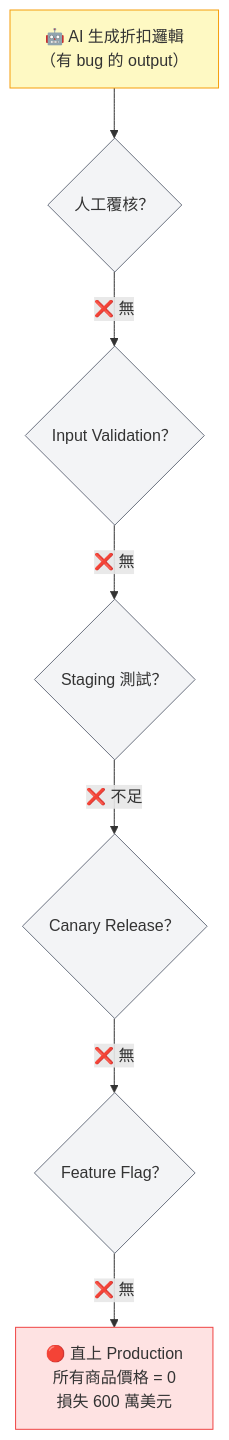
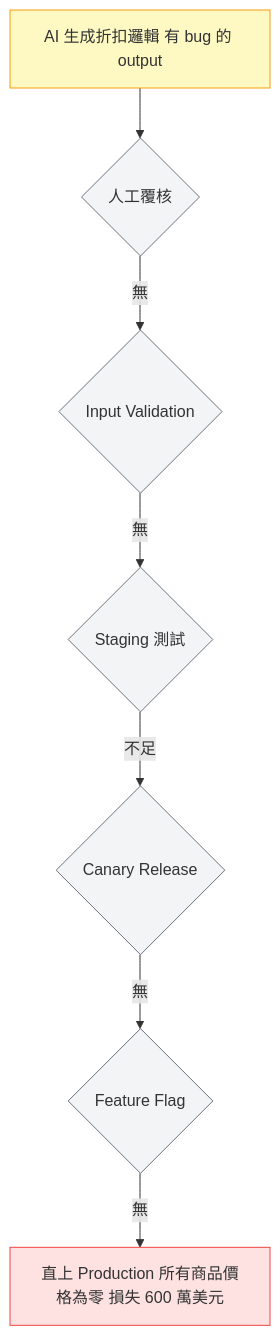
The diagram in docs/drafts/ai-replaced-qa-6m-loss.md (jimmyhong065/jimmy-hong-portfolio), drawn with Mermaid before and after one commit. The commit also changed 28 other files, not shown here.

````diff
--- a/docs/drafts/ai-replaced-qa-6m-loss.md
+++ b/docs/drafts/ai-replaced-qa-6m-loss.md
@@ -47,20 +47,17 @@
 ```mermaid
 flowchart TD
-    A["🤖 AI 生成折扣邏輯\n（有 bug 的 output）"] --> B
-
-    B{"人工覆核？"} -- "❌ 無" --> C
-    C{"Input Validation？"} -- "❌ 無" --> D
-    D{"Staging 測試？"} -- "❌ 不足" --> E
-    E{"Canary Release？"} -- "❌ 無" --> F
-    F{"Feature Flag？"} -- "❌ 無" --> G
-
-    G["🔴 直上 Production\n所有商品價格 = 0\n損失 600 萬美元"]
-
+    A[AI 生成折扣邏輯 有 bug 的 output] --> B
+    B{人工覆核} -- 無 --> C
+    C{Input Validation} -- 無 --> D
+    D{Staging 測試} -- 不足 --> E
+    E{Canary Release} -- 無 --> F
+    F{Feature Flag} -- 無 --> G
+    G[直上 Production 所有商品價格為零 損失 600 萬美元]
     style A fill:#fef9c3,stroke:#f59e0b
     style G fill:#fee2e2,stroke:#ef4444
     style B fill:#f3f4f6,stroke:#6b7280
     style C fill:#f3f4f6,stroke:#6b7280
     style D fill:#f3f4f6,stroke:#6b7280
     style E fill:#f3f4f6,stroke:#6b7280
     style F fill:#f3f4f6,stroke:#6b7280
 ```
````
